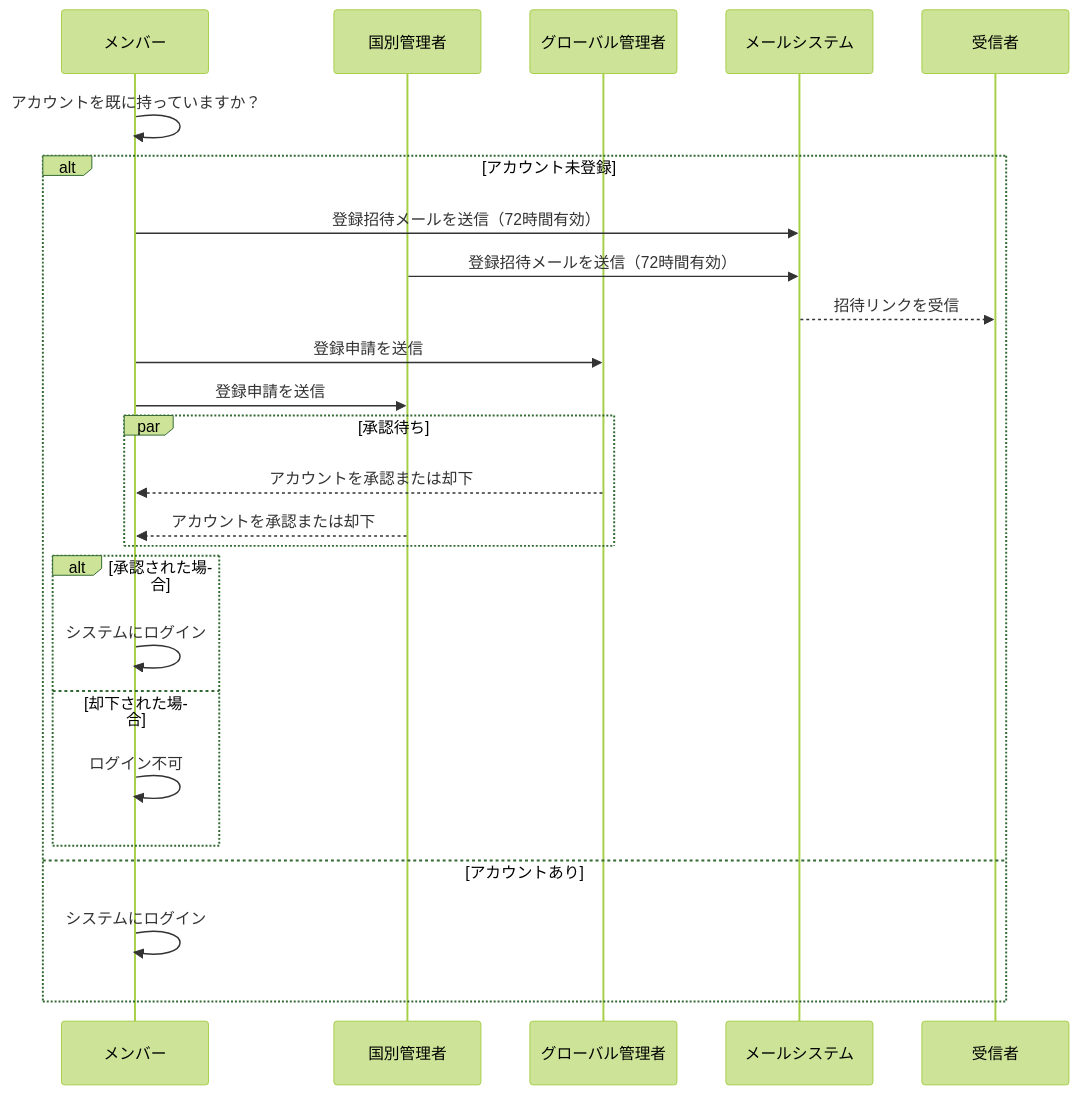
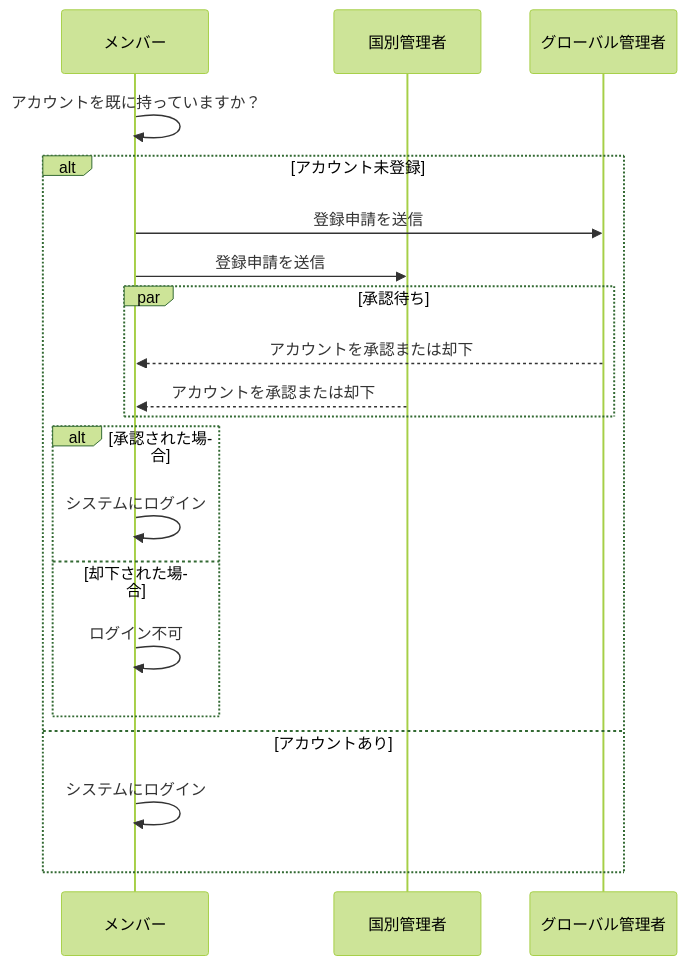
One commit to yopaz-tuanta/aloha-mermaid changed the diagram in register_jp.mmd. Above: the diagram before and after it, drawn with Mermaid (forest theme). The commit also changed 3 other files, not shown here.

```diff
--- a/register_jp.mmd
+++ b/register_jp.mmd
@@ -1,26 +1,22 @@
 sequenceDiagram
     participant M as メンバー
     participant CA as 国別管理者
     participant GA as グローバル管理者
-    participant Mail as メールシステム
 
     M->>M: アカウントを既に持っていますか？
     alt アカウント未登録
-        M->>Mail: 登録招待メールを送信（72時間有効）
-        CA->>Mail: 登録招待メールを送信（72時間有効）
-        Mail-->>受信者: 招待リンクを受信
 
         M->>GA: 登録申請を送信
         M->>CA: 登録申請を送信
         par 承認待ち
             GA-->>M: アカウントを承認または却下
             CA-->>M: アカウントを承認または却下
         end
         alt 承認された場合
             M->>M: システムにログイン
         else 却下された場合
             M->>M: ログイン不可
         end
     else アカウントあり
         M->>M: システムにログイン
     end
```
